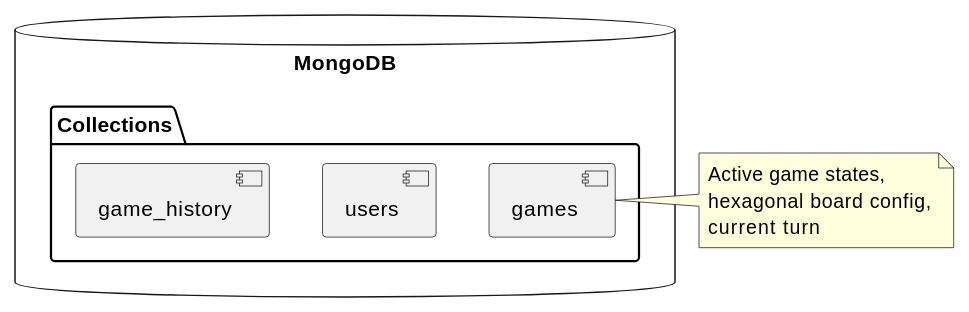
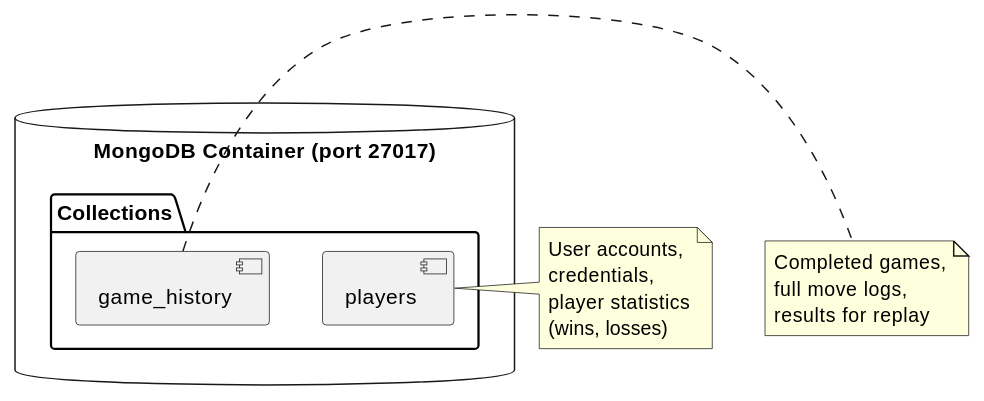
Before and after one commit to Arquisoft/yovi_en1b: the fourth of 4 diagrams in docs/src/07_deployment_view.adoc, drawn with PlantUML. The commit also changed other lines of this file and 1 other file, not shown here.

```diff
--- a/docs/src/07_deployment_view.adoc
+++ b/docs/src/07_deployment_view.adoc
@@ -151,19 +193,24 @@
 [plantuml,"mongodb-detail",png]
 ----
 @startuml
-database "MongoDB" {
+database "MongoDB Container (port 27017)" {
     folder "Collections" {
-        component "users"
-        component "games"
-        component "game_history"
+        component "players" as players
+        component "game_history" as history
     }
 }
 
-note right of games
-  Active game states,
-  hexagonal board config,
-  current turn
+note right of players
+  User accounts,
+  credentials,
+  player statistics
+  (wins, losses)
 end note
 
+note right of history
+  Completed games,
+  full move logs,
+  results for replay
+end note
 @enduml
 ----
```
